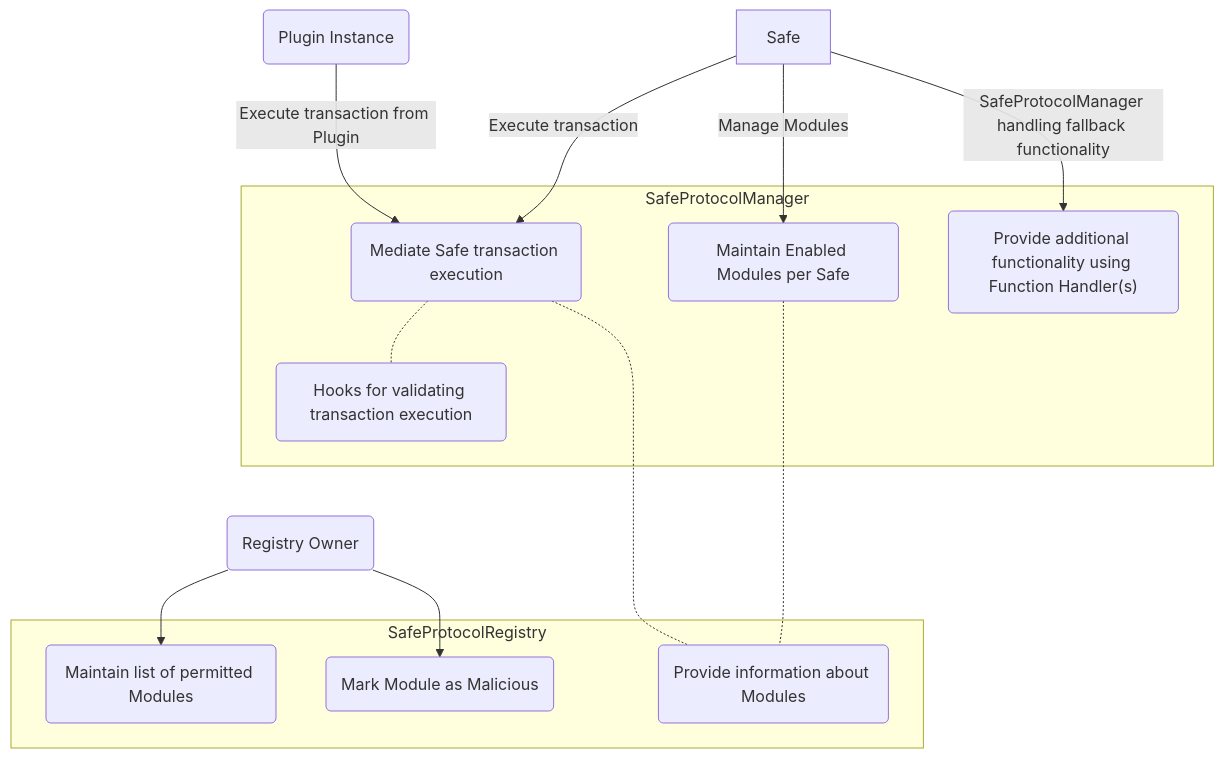
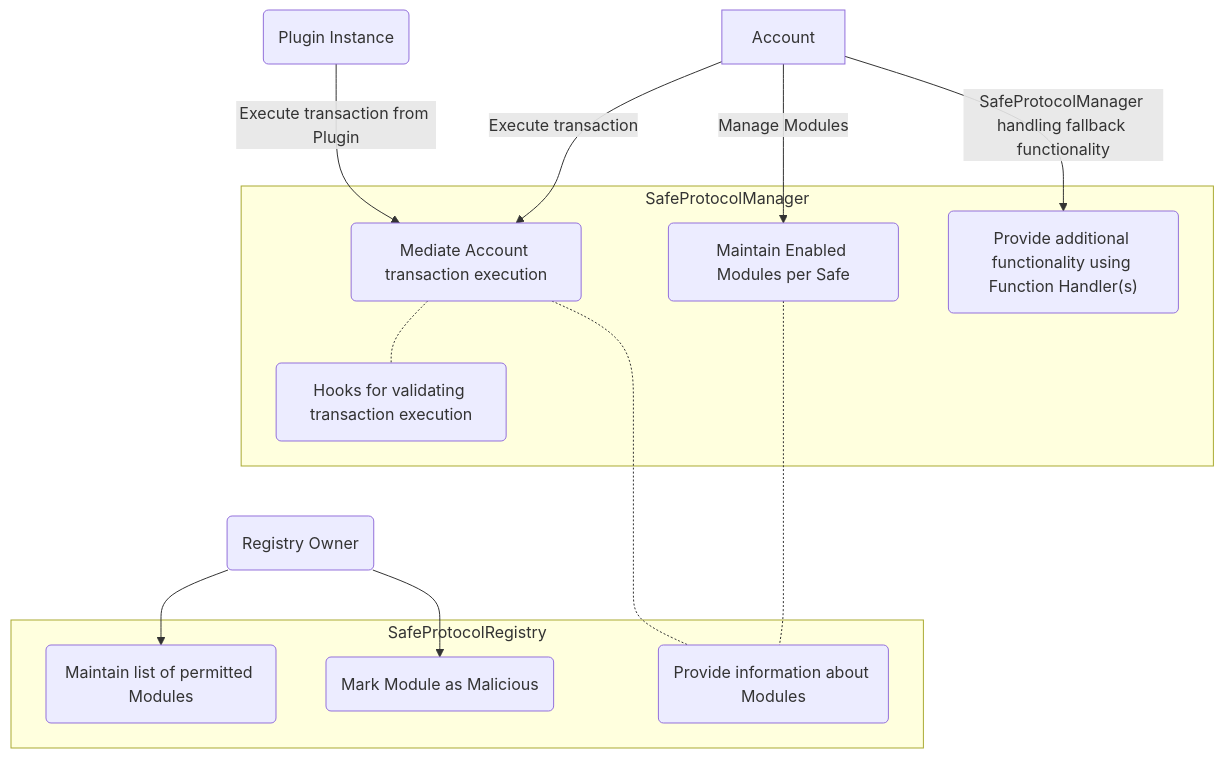
One commit to 5afe/safe-core-protocol changed the first of 2 diagrams in README.md. Above: the diagram before and after it, drawn with Mermaid. The commit also changed other lines of this file and 14 other files, not shown here.

First line of the commit message:
Feat: remove references to a Safe{Core} Protocol account as Safe (#100)

````diff
--- a/README.md
+++ b/README.md
@@ -15,25 +17,25 @@
 ```mermaid
 graph TD
-    Safe -->|Execute transaction| Monitor
-    Safe -->|Manage Modules| Store
-    Safe -->|SafeProtocolManager handling fallback functionality| FunctionHandlerSupport
+    Account -->|Execute transaction| Monitor
+    Account -->|Manage Modules| Store
+    Account -->|SafeProtocolManager handling fallback functionality| FunctionHandlerSupport
     PluginInstance(Plugin Instance) -->|Execute transaction from Plugin| Monitor
     RegistryOwner("Registry Owner") --> Maintain
     RegistryOwner("Registry Owner") --> Flag
 
 subgraph SafeProtocolManager
 	Store(Maintain Enabled Modules per Safe)
-    Monitor(Mediate Safe transaction execution)
+    Monitor(Mediate Account transaction execution)
     FunctionHandlerSupport("Provide additional functionality using Function Handler(s)")
     HooksSupport("Hooks for validating transaction execution")
     Monitor -.- HooksSupport
 end
 
 subgraph SafeProtocolRegistry
 	AllowQuery(Provide information about Modules)
     Maintain("Maintain list of permitted Modules")
     Flag("Mark Module as Malicious")
     Monitor -...- AllowQuery
     Store -...- AllowQuery
 end
 ```
````
